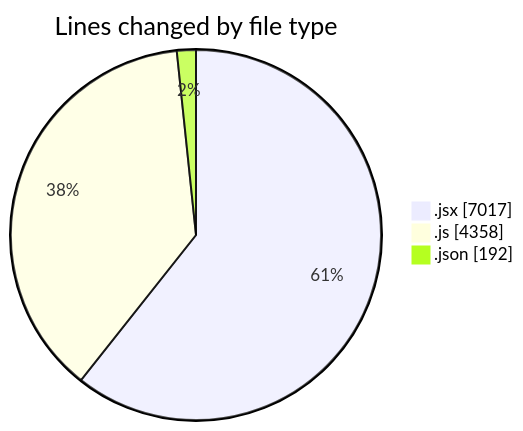
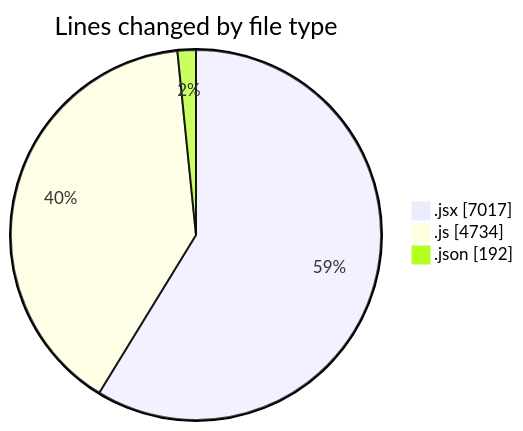
The first of 2 diagrams in 2025-08-06/nxtqube_webapp/README.md (nxtqubesakshisongat/code-tracking), drawn with Mermaid before and after one commit. The commit also changed other lines of this file and 1 other file, not shown here.

````diff
--- a/2025-08-06/nxtqube_webapp/README.md
+++ b/2025-08-06/nxtqube_webapp/README.md
@@ -33,7 +33,7 @@
 ```mermaid
 pie showData
 title Lines changed by file type
 ".jsx" : 7017
-".js" : 4358
+".js" : 4734
 ".json" : 192
 ```
````
